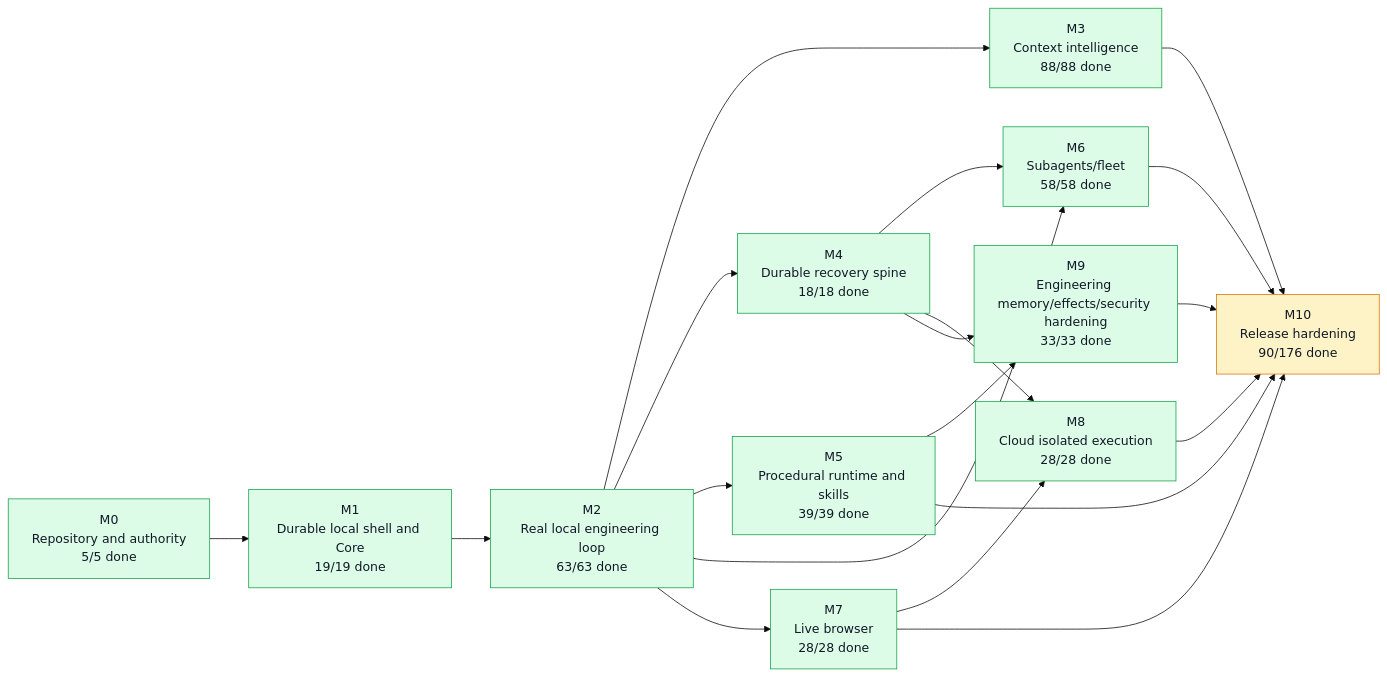
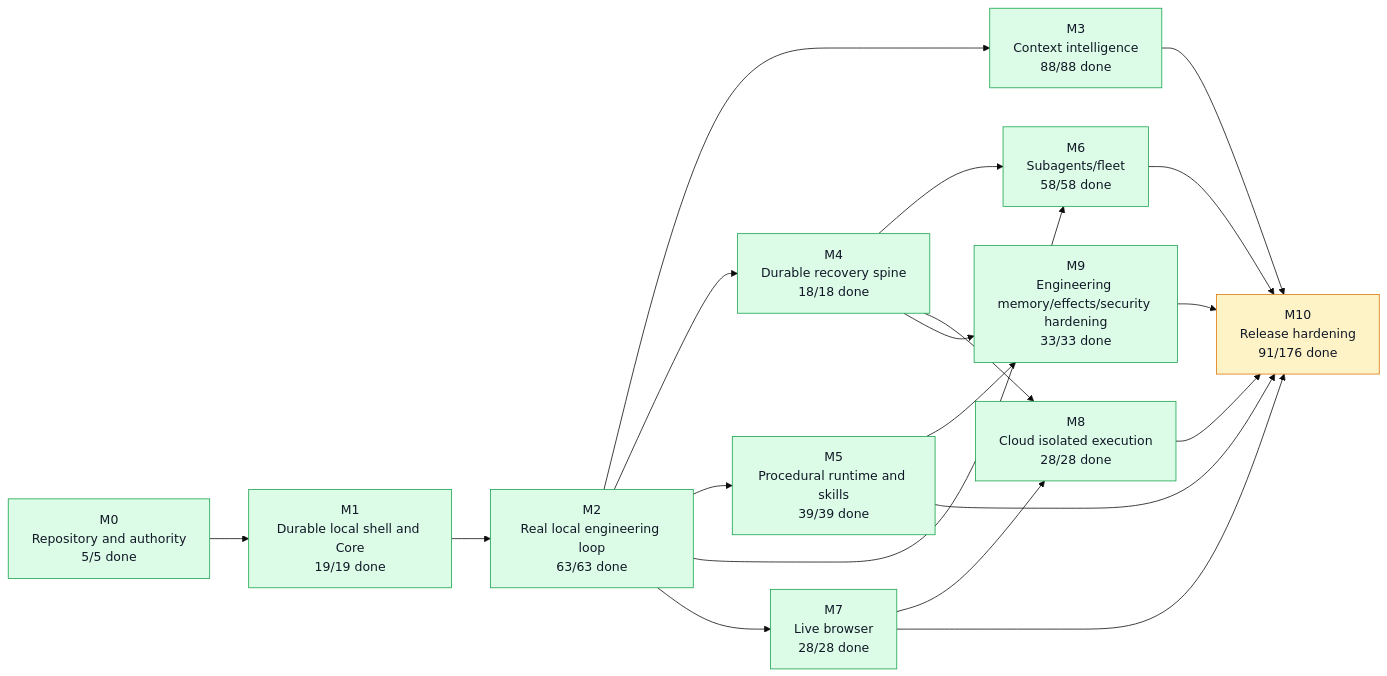
The first of 5 diagrams in graph/PROJECT_GRAPH.md (moss101/modbit), drawn with Mermaid (base theme) before and after one commit. The commit also changed other lines of this file and 5 other files, not shown here.

````diff
--- a/graph/PROJECT_GRAPH.md
+++ b/graph/PROJECT_GRAPH.md
@@ -57,43 +57,43 @@
 ```mermaid
 flowchart LR
   M0["M0<br/>Repository and authority<br/>5/5 done"]
   M1["M1<br/>Durable local shell and Core<br/>19/19 done"]
   M2["M2<br/>Real local engineering loop<br/>63/63 done"]
   M3["M3<br/>Context intelligence<br/>88/88 done"]
   M4["M4<br/>Durable recovery spine<br/>18/18 done"]
   M5["M5<br/>Procedural runtime and skills<br/>39/39 done"]
   M6["M6<br/>Subagents/fleet<br/>58/58 done"]
   M7["M7<br/>Live browser<br/>28/28 done"]
   M8["M8<br/>Cloud isolated execution<br/>28/28 done"]
   M9["M9<br/>Engineering memory/effects/security hardening<br/>33/33 done"]
-  M10["M10<br/>Release hardening<br/>90/176 done"]
+  M10["M10<br/>Release hardening<br/>91/176 done"]
   M0 --> M1
   M1 --> M2
   M2 --> M3
   M2 --> M4
   M2 --> M5
   M2 --> M6
   M4 --> M6
   M2 --> M7
   M4 --> M8
   M7 --> M8
   M4 --> M9
   M5 --> M9
   M3 --> M10
   M5 --> M10
   M6 --> M10
   M7 --> M10
   M8 --> M10
   M9 --> M10
   style M0 fill:#dcfce7,stroke:#16a34a,color:#111827
   style M1 fill:#dcfce7,stroke:#16a34a,color:#111827
   style M2 fill:#dcfce7,stroke:#16a34a,color:#111827
   style M3 fill:#dcfce7,stroke:#16a34a,color:#111827
   style M4 fill:#dcfce7,stroke:#16a34a,color:#111827
   style M5 fill:#dcfce7,stroke:#16a34a,color:#111827
   style M6 fill:#dcfce7,stroke:#16a34a,color:#111827
   style M7 fill:#dcfce7,stroke:#16a34a,color:#111827
   style M8 fill:#dcfce7,stroke:#16a34a,color:#111827
   style M9 fill:#dcfce7,stroke:#16a34a,color:#111827
   style M10 fill:#fef3c7,stroke:#d97706,color:#111827
 ```
````
